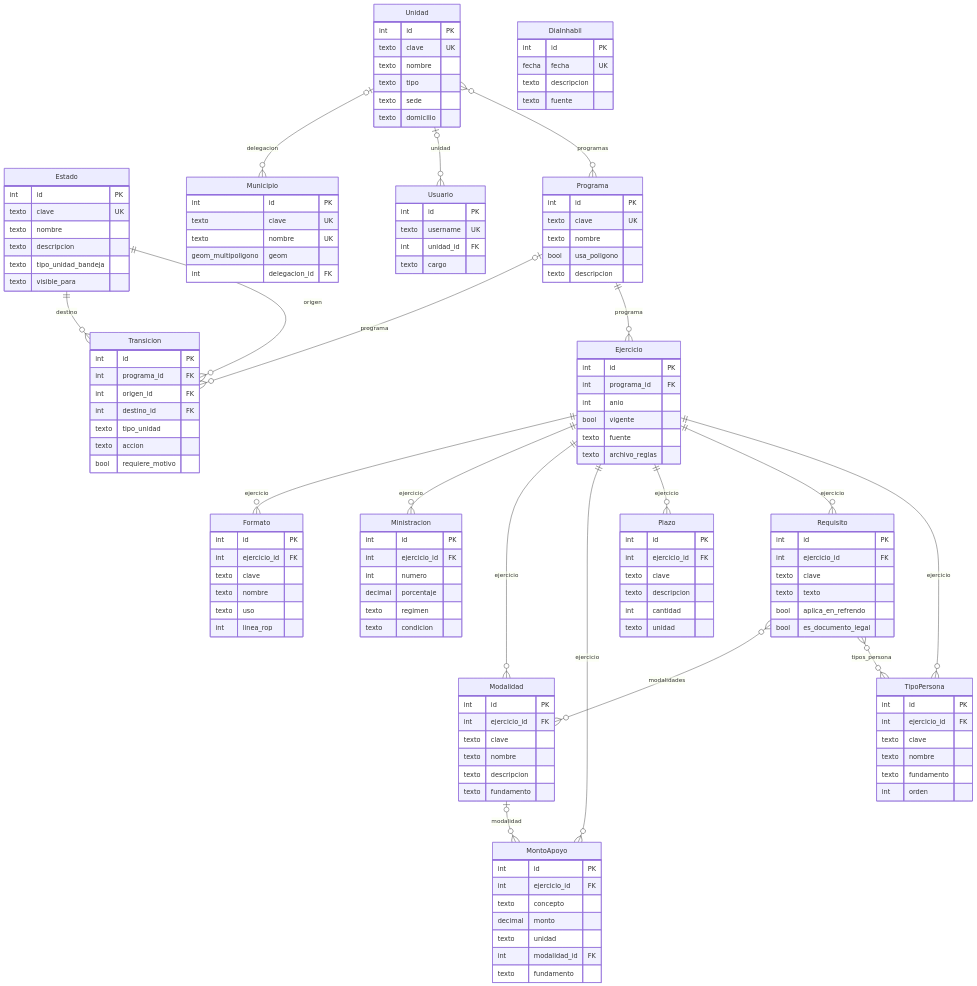
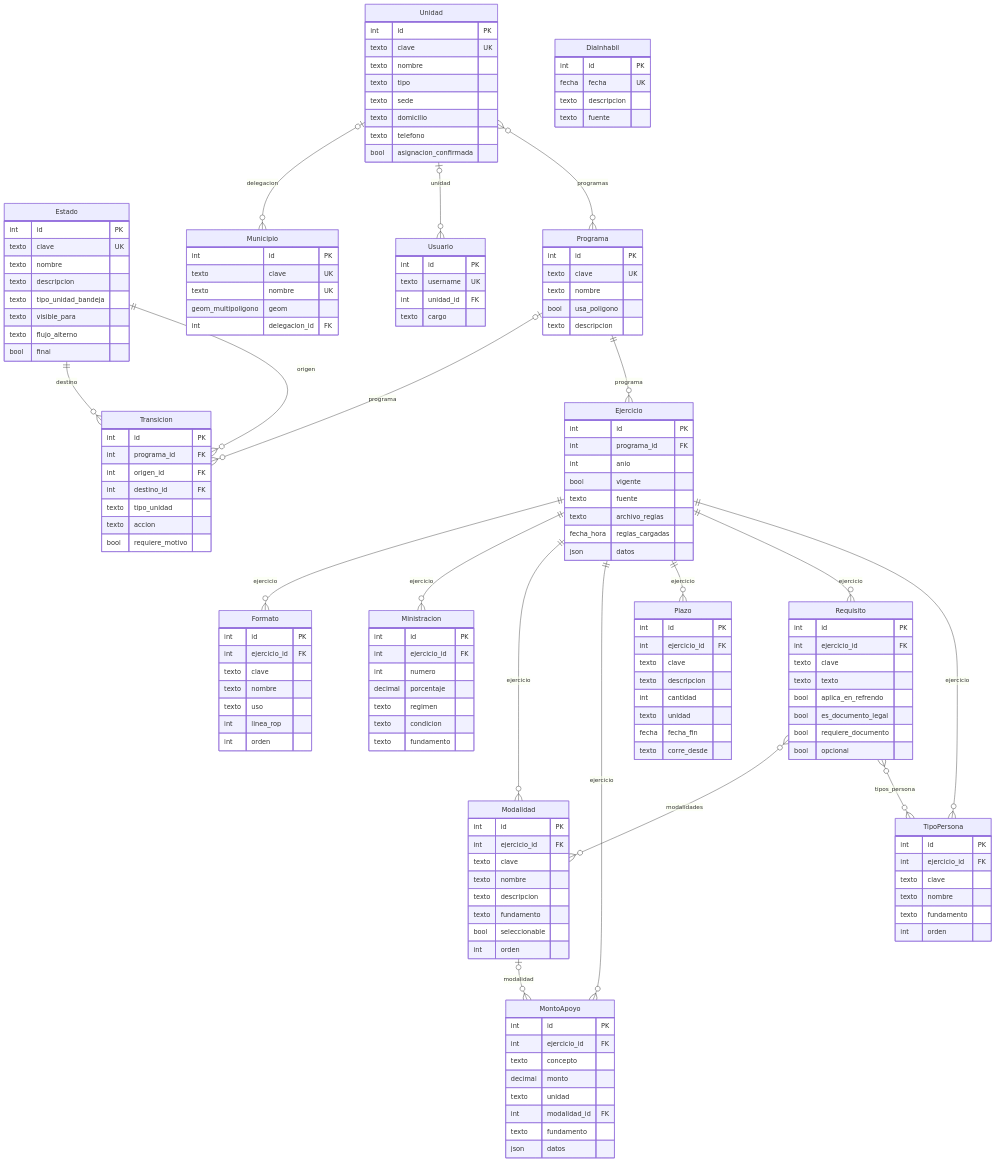
The first of 3 diagrams in sistema/docs/modelo_datos.md (Zavjosh05/FEPI), drawn with Mermaid before and after one commit. The commit also changed other lines of this file and 33 other files, not shown here.

```diff
--- a/sistema/docs/modelo_datos.md
+++ b/sistema/docs/modelo_datos.md
@@ -52,6 +52,8 @@
     bool vigente
     texto fuente
     texto archivo_reglas
+    fecha_hora reglas_cargadas
+    json datos
   }
   Estado {
     int id PK
@@ -60,6 +62,8 @@
     texto descripcion
     texto tipo_unidad_bandeja
     texto visible_para
+    texto flujo_alterno
+    bool final
   }
   Formato {
     int id PK
@@ -68,6 +72,7 @@
     texto nombre
     texto uso
     int linea_rop
+    int orden
   }
   Ministracion {
     int id PK
@@ -76,6 +81,7 @@
     decimal porcentaje
     texto regimen
     texto condicion
+    texto fundamento
   }
   Modalidad {
     int id PK
@@ -84,6 +90,8 @@
     texto nombre
     texto descripcion
     texto fundamento
+    bool seleccionable
+    int orden
   }
   MontoApoyo {
     int id PK
@@ -93,6 +101,7 @@
     texto unidad
     int modalidad_id FK
     texto fundamento
+    json datos
   }
   Municipio {
     int id PK
@@ -108,6 +117,8 @@
     texto descripcion
     int cantidad
     texto unidad
+    fecha fecha_fin
+    texto corre_desde
   }
   Programa {
     int id PK
@@ -123,6 +134,8 @@
     texto texto
     bool aplica_en_refrendo
     bool es_documento_legal
+    bool requiere_documento
+    bool opcional
   }
   TipoPersona {
     int id PK
@@ -148,6 +161,8 @@
     texto tipo
     texto sede
     texto domicilio
+    texto telefono
+    bool asignacion_confirmada
   }
   Usuario {
     int id PK
```
